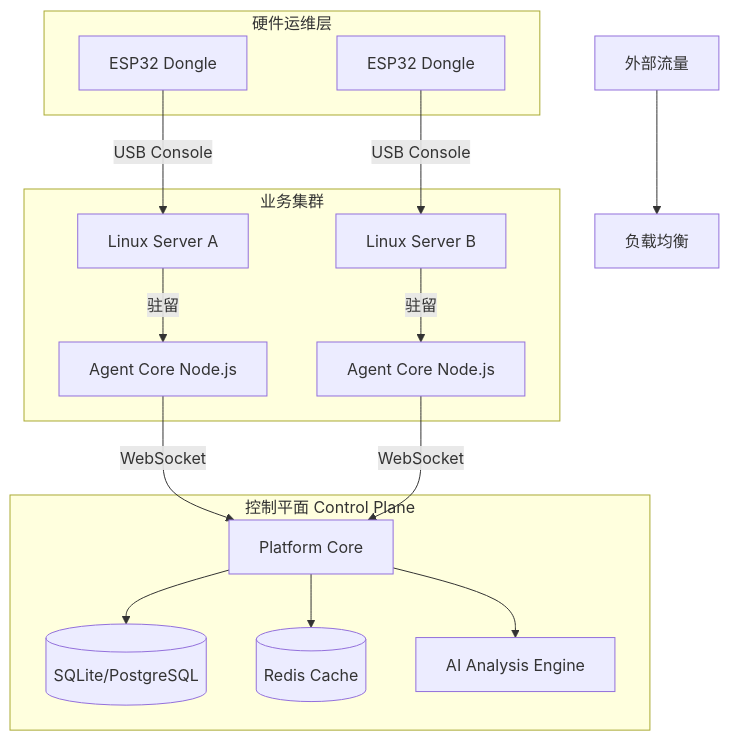
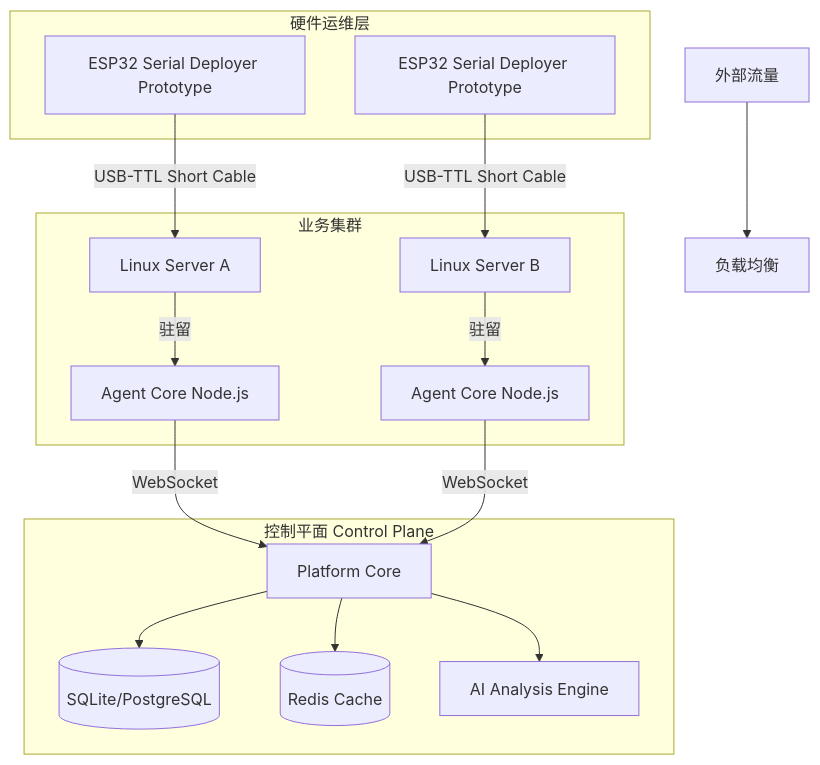
The diagram in README.md (lizuyi-6/Networksafe), drawn with Mermaid before and after one commit. The commit also changed other lines of this file and 49495 other files, not shown here.

````diff
--- a/README.md
+++ b/README.md
@@ -91,23 +92,23 @@
 ```mermaid
 graph TD
     User[外部流量] --> ELB[负载均衡]
     
     subgraph "业务集群"
         App1[Linux Server A] -- 驻留 --> Agent1[Agent Core Node.js]
         App2[Linux Server B] -- 驻留 --> Agent2[Agent Core Node.js]
     end
     
     subgraph "硬件运维层"
-        ESP32[ESP32 Dongle] -- USB Console --> App1
-        ESP32_2[ESP32 Dongle] -- USB Console --> App2
+        ESP32[ESP32 Serial Deployer Prototype] -- "USB-TTL Short Cable" --> App1
+        ESP32_2[ESP32 Serial Deployer Prototype] -- "USB-TTL Short Cable" --> App2
     end
     
     subgraph "控制平面 Control Plane"
         Hub[Platform Core] --> DB[(SQLite/PostgreSQL)]
         Hub --> Redis[(Redis Cache)]
         Hub --> AI[AI Analysis Engine]
     end
     
     Agent1 -- WebSocket --> Hub
     Agent2 -- WebSocket --> Hub
 ```
````
